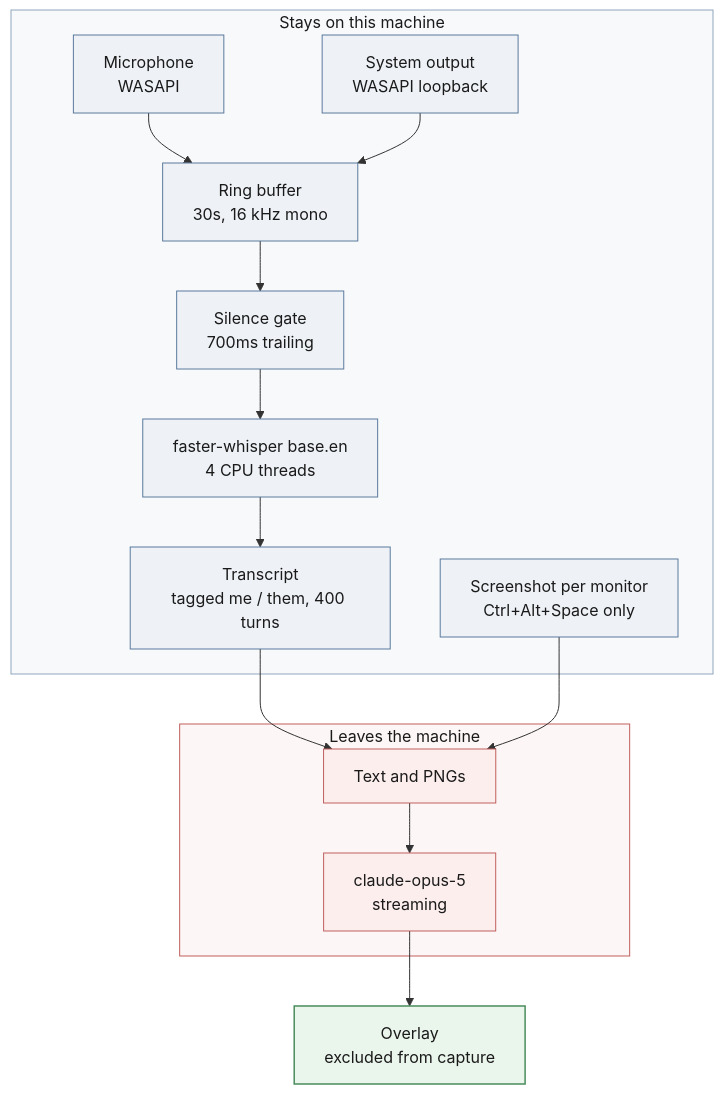
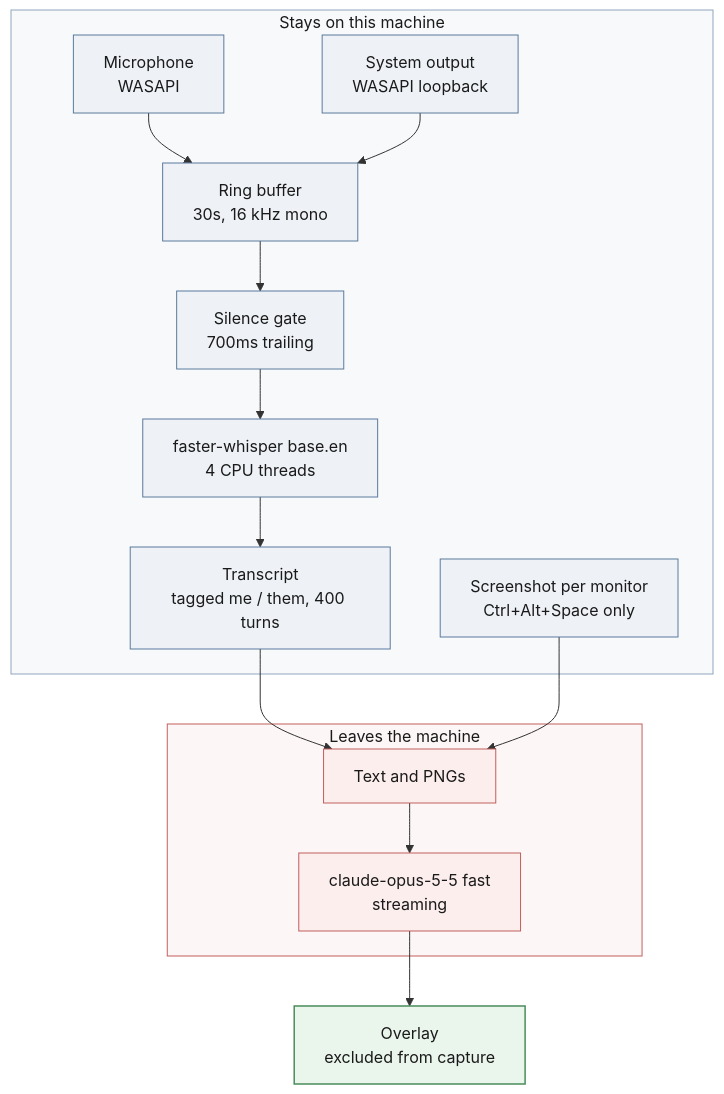
Before and after one commit to pouriamrt/meeting-assistant: the diagram in README.md, drawn with Mermaid. The commit also changed other lines of this file and 6 other files, not shown here.

First line of the commit message:
feat: answer on Opus 5.5 fast mode, falling back to standard speed

````diff
--- a/README.md
+++ b/README.md
@@ -103,29 +103,29 @@
 ```mermaid
 flowchart TB
     subgraph local["Stays on this machine"]
         MIC["Microphone<br/>WASAPI"] --> RING["Ring buffer<br/>30s, 16 kHz mono"]
         SYS["System output<br/>WASAPI loopback"] --> RING
         RING --> GATE["Silence gate<br/>700ms trailing"]
         GATE --> WHISP["faster-whisper base.en<br/>4 CPU threads"]
         WHISP --> TR["Transcript<br/>tagged me / them, 400 turns"]
         SHOT["Screenshot per monitor<br/>Ctrl+Alt+Space only"]
     end
     TR --> REQ
     SHOT --> REQ
     subgraph remote["Leaves the machine"]
-        REQ["Text and PNGs"] --> API["claude-opus-5<br/>streaming"]
+        REQ["Text and PNGs"] --> API["claude-opus-5-5 fast<br/>streaming"]
     end
     API --> OV["Overlay<br/>excluded from capture"]
 
     classDef box fill:#eef2f7,stroke:#5b7a9d,stroke-width:1px,color:#1a1a1a
     classDef away fill:#fdeeee,stroke:#c0605d,stroke-width:1px,color:#1a1a1a
     classDef out fill:#eaf5ec,stroke:#4a8c5c,stroke-width:1.5px,color:#1a1a1a
     class MIC,SYS,RING,GATE,WHISP,TR,SHOT box
     class REQ,API away
     class OV out
 
     %% Subgraphs need styling of their own; unstyled they render bright yellow
     %% on GitHub, which fights every colour chosen above.
     style local fill:#f7f9fb,stroke:#8fa6bd,color:#1a1a1a
     style remote fill:#fdf6f6,stroke:#c0605d,color:#1a1a1a
 ```
````
